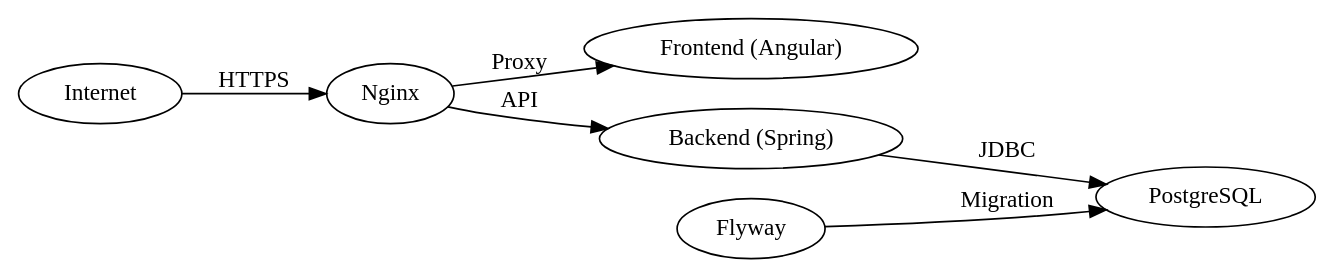
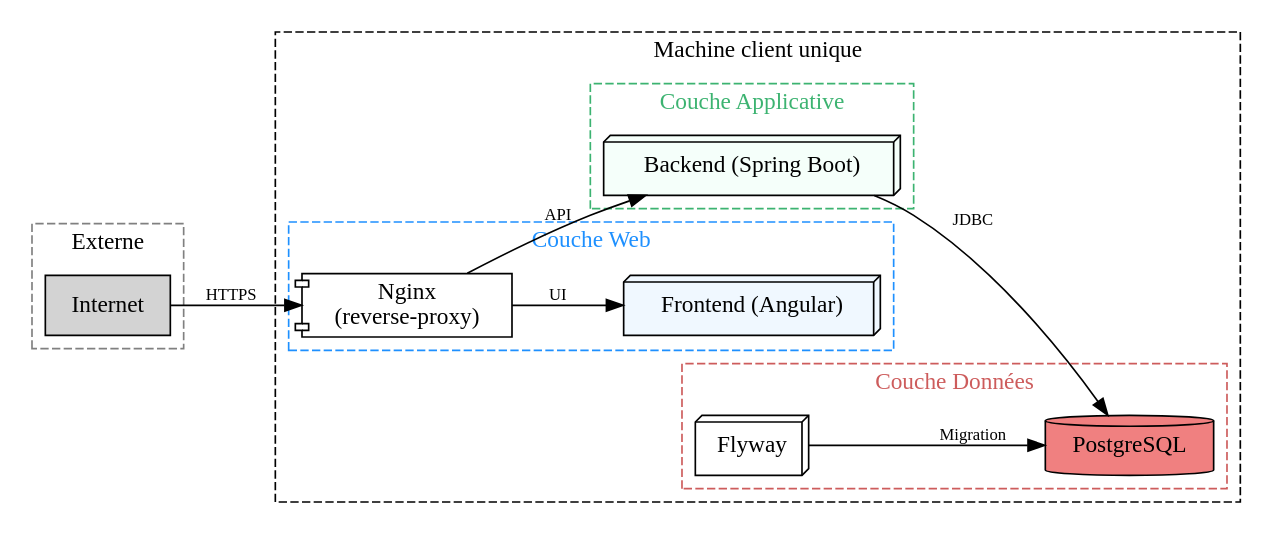
Before and after one commit to sully-vian/internships: the diagram in actimage/assets/piaweb.dot, drawn with Graphviz. The commit also changed 2 other files, not shown here.

Commit message:
ACTIMAGE: colored graphs

```diff
--- a/actimage/assets/piaweb.dot
+++ b/actimage/assets/piaweb.dot
@@ -1,8 +1,53 @@
 digraph architecture {
     rankdir=LR;
+    node [shape=box, style=filled, fillcolor=white];
+    edge [fontsize=10];
+
+    subgraph cluster_external {
+        label="Externe";
+        style=dashed;
+        color=gray;
+
+        Internet [shape=cloud, fillcolor=lightgrey];
+    }
+
+    subgraph cluster_host {
+        label="Machine client unique";
+        style=dashed;
+        color=black;
+        subgraph cluster_web_tier {
+            label="Couche Web";
+            fontcolor=dodgerblue;
+            style=dashed;
+            color=dodgerblue;
+
+            Nginx [label="Nginx\n(reverse-proxy)", shape=component];
+            Frontend [label="Frontend (Angular)", shape=box3d, fillcolor=aliceblue];
+        }
+
+        subgraph cluster_app_tier {
+            label="Couche Applicative";
+            fontcolor=mediumseagreen;
+            style=dashed;
+            color=mediumseagreen;
+
+            Backend [label="Backend (Spring Boot)", shape=box3d, fillcolor=mintcream];
+        }
+
+        subgraph cluster_data_tier {
+            label="Couche Données";
+            fontcolor=indianred;
+            style=dashed;
+            color=indianred;
+
+            PostgreSQL [shape=cylinder, fillcolor=lightcoral];
+            Flyway [shape=box3d];
+        }
+    }
+
     Internet -> Nginx [label="HTTPS"];
-    Nginx -> "Frontend (Angular)" [label="Proxy"];
-    Nginx -> "Backend (Spring)" [label="API"];
-    "Backend (Spring)" -> "PostgreSQL" [label="JDBC"];
-    "Flyway" -> "PostgreSQL" [label="Migration"];
+    Nginx -> Frontend [label="UI"];
+    Nginx -> Backend [label="API"];
+    Backend -> PostgreSQL [label="JDBC"];
+    Flyway -> PostgreSQL [label="Migration"];
 }
```
